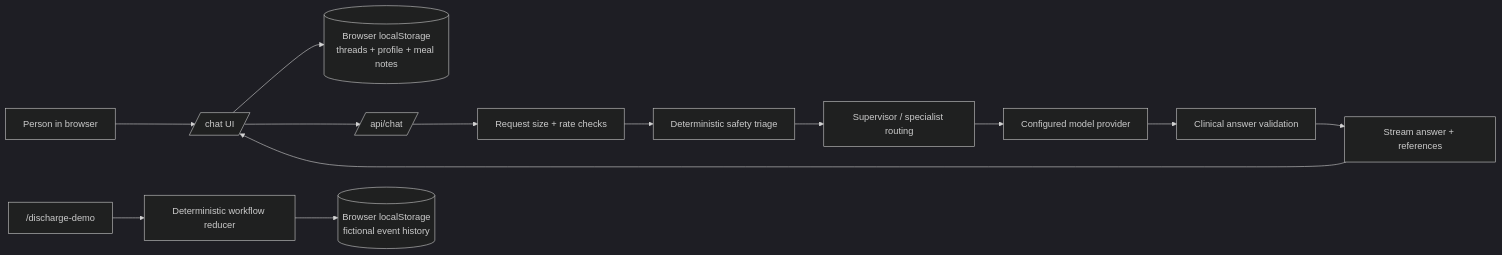
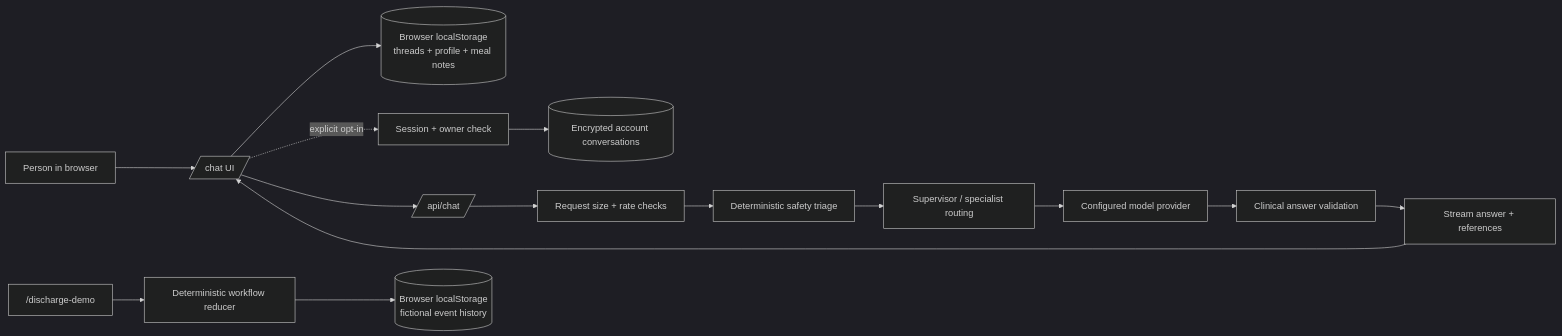
One commit to Adarsh-9182/nutritiscan-ai changed the diagram in docs/WEB_PRODUCT_REVIEW.md. Above: the diagram before and after it, drawn with Mermaid (dark theme). The commit also changed other lines of this file and 9 other files, not shown here.

````diff
--- a/docs/WEB_PRODUCT_REVIEW.md
+++ b/docs/WEB_PRODUCT_REVIEW.md
@@ -16,16 +16,18 @@
 ```mermaid
 flowchart LR
   Person[Person in browser] --> ChatUI[/chat UI/]
   ChatUI --> Local[(Browser localStorage\nthreads + profile + meal notes)]
+  ChatUI -. explicit opt-in .-> Auth[Session + owner check]
+  Auth --> EncryptedDB[(Encrypted account conversations)]
   ChatUI --> API[/api/chat/]
   API --> Guard[Request size + rate checks]
   Guard --> Triage[Deterministic safety triage]
   Triage --> Route[Supervisor / specialist routing]
   Route --> Model[Configured model provider]
   Model --> Validate[Clinical answer validation]
   Validate --> Stream[Stream answer + references]
   Stream --> ChatUI
 
   Demo[ /discharge-demo ] --> Rules[Deterministic workflow reducer]
   Rules --> DemoStorage[(Browser localStorage\nfictional event history)]
 ```
````
